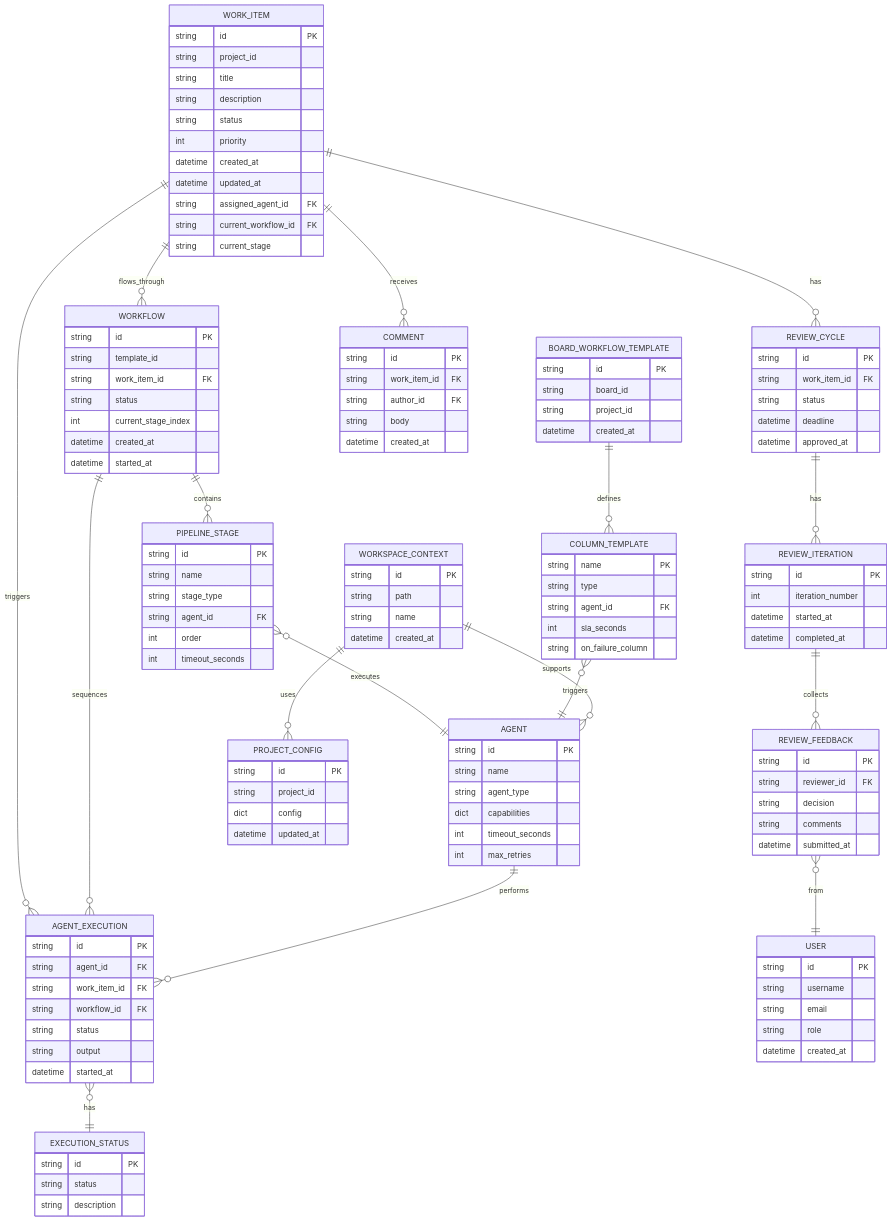
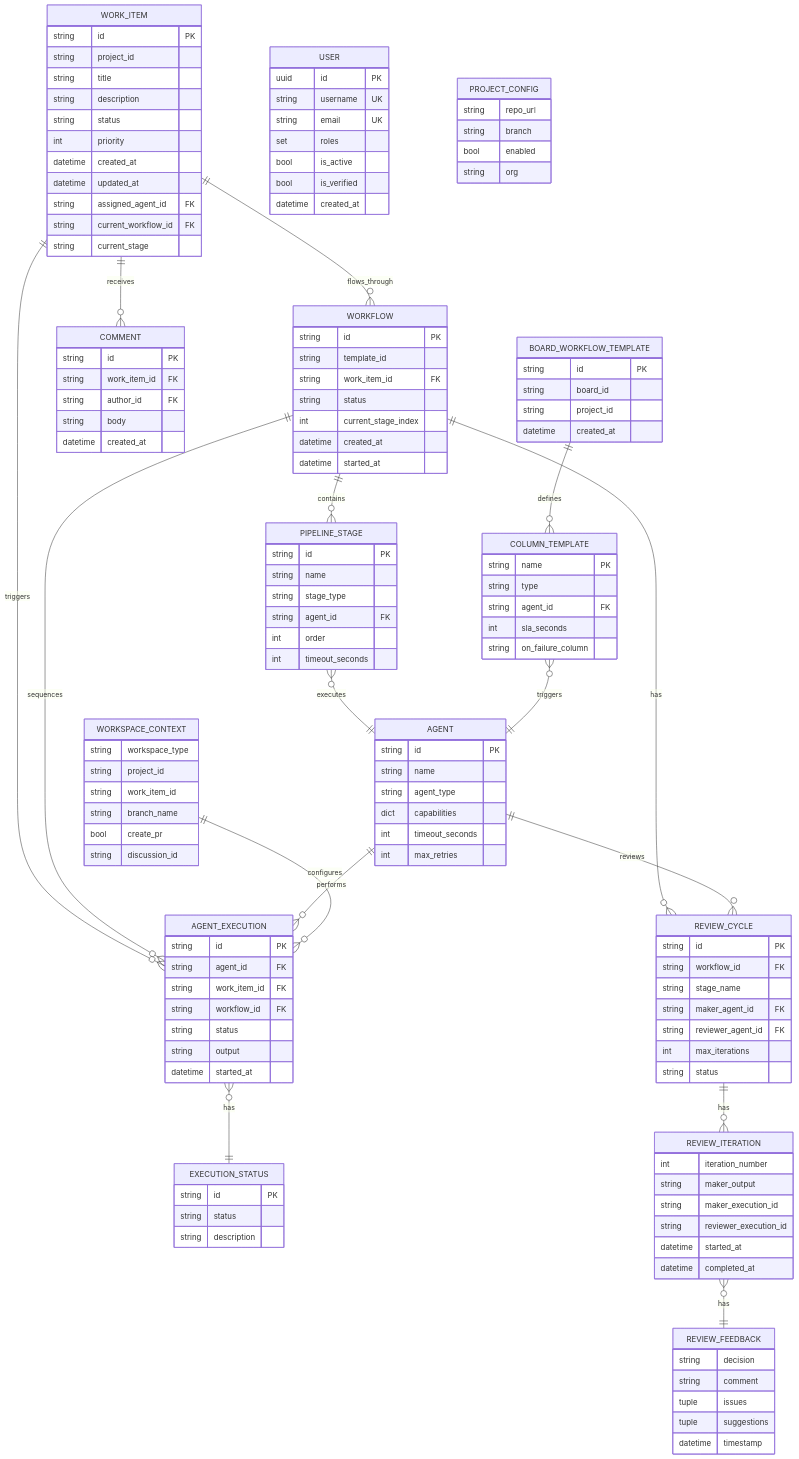
The first of 2 diagrams in documentation/architecture/domain/models.md (tinkermonkey/codetoreum), drawn with Mermaid before and after one commit. The commit also changed other lines of this file, not shown here.

First line of the commit message:
Complete work for issue #761

````diff
--- a/documentation/architecture/domain/models.md
+++ b/documentation/architecture/domain/models.md
@@ -950,20 +1073,19 @@
 erDiagram
     WORK_ITEM ||--o{ WORKFLOW : "flows_through"
     WORK_ITEM ||--o{ AGENT_EXECUTION : "triggers"
-    WORK_ITEM ||--o{ REVIEW_CYCLE : "has"
     WORK_ITEM ||--o{ COMMENT : "receives"
     WORKFLOW ||--o{ PIPELINE_STAGE : "contains"
+    WORKFLOW ||--o{ REVIEW_CYCLE : "has"
     WORKFLOW ||--o{ AGENT_EXECUTION : "sequences"
     PIPELINE_STAGE }o--|| AGENT : "executes"
     AGENT ||--o{ AGENT_EXECUTION : "performs"
+    AGENT ||--o{ REVIEW_CYCLE : "reviews"
     AGENT_EXECUTION }o--|| EXECUTION_STATUS : "has"
     REVIEW_CYCLE ||--o{ REVIEW_ITERATION : "has"
-    REVIEW_ITERATION ||--o{ REVIEW_FEEDBACK : "collects"
-    REVIEW_FEEDBACK }o--|| USER : "from"
+    REVIEW_ITERATION }o--|| REVIEW_FEEDBACK : "has"
     BOARD_WORKFLOW_TEMPLATE ||--o{ COLUMN_TEMPLATE : "defines"
     COLUMN_TEMPLATE }o--|| AGENT : "triggers"
-    WORKSPACE_CONTEXT ||--o{ PROJECT_CONFIG : "uses"
-    WORKSPACE_CONTEXT ||--o{ AGENT : "supports"
+    WORKSPACE_CONTEXT ||--o{ AGENT_EXECUTION : "configures"
     
     WORK_ITEM {
         string id PK
@@ -1019,32 +1141,38 @@
     
     REVIEW_CYCLE {
         string id PK
-        string work_item_id FK
+        string workflow_id FK
+        string stage_name
+        string maker_agent_id FK
+        string reviewer_agent_id FK
+        int max_iterations
         string status
-        datetime deadline
-        datetime approved_at
     }
     
     REVIEW_ITERATION {
-        string id PK
         int iteration_number
+        string maker_output
+        string maker_execution_id
+        string reviewer_execution_id
         datetime started_at
         datetime completed_at
     }
     
     REVIEW_FEEDBACK {
-        string id PK
-        string reviewer_id FK
         string decision
-        string comments
-        datetime submitted_at
+        string comment
+        tuple issues
+        tuple suggestions
+        datetime timestamp
     }
     
     USER {
-        string id PK
-        string username
-        string email
-        string role
+        uuid id PK
+        string username UK
+        string email UK
+        set roles
+        bool is_active
+        bool is_verified
         datetime created_at
     }
     
@@ -1078,16 +1206,18 @@
     }
     
     WORKSPACE_CONTEXT {
-        string id PK
-        string path
-        string name
-        datetime created_at
+        string workspace_type
+        string project_id
+        string work_item_id
+        string branch_name
+        bool create_pr
+        string discussion_id
     }
     
     PROJECT_CONFIG {
-        string id PK
-        string project_id
-        dict config
-        datetime updated_at
+        string repo_url
+        string branch
+        bool enabled
+        string org
     }
 ```
````
